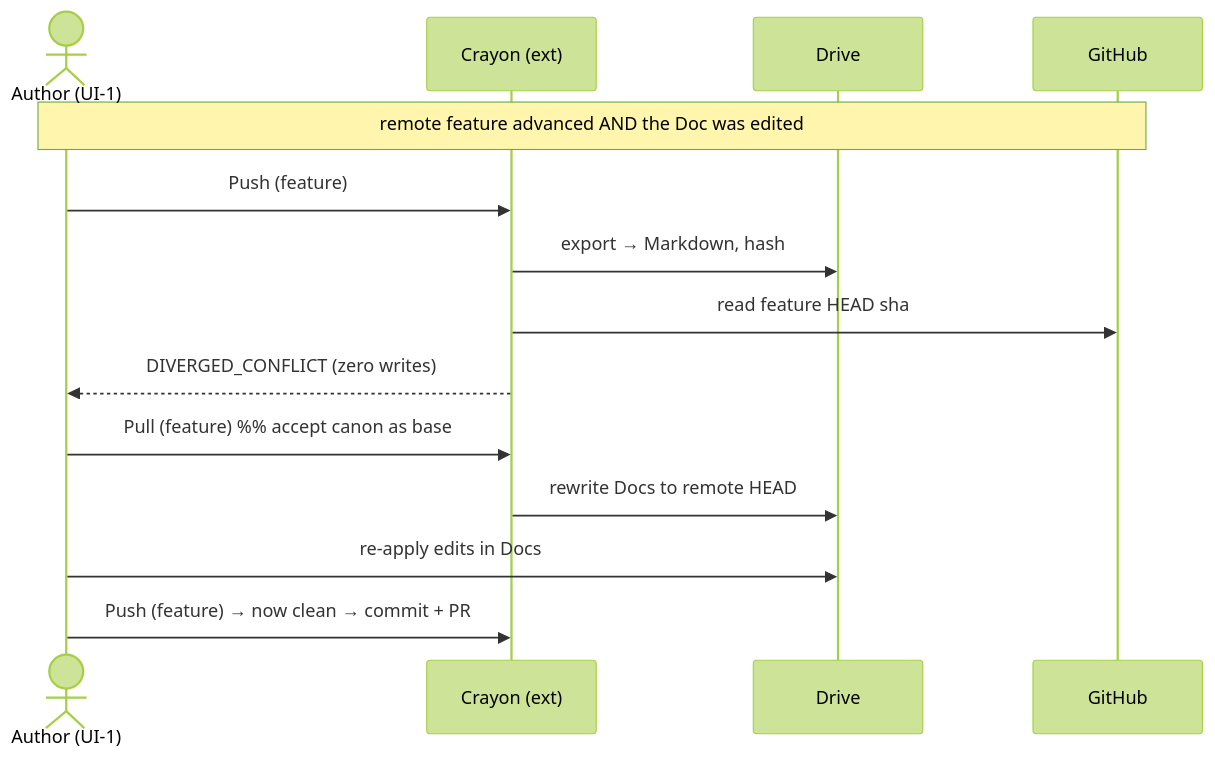
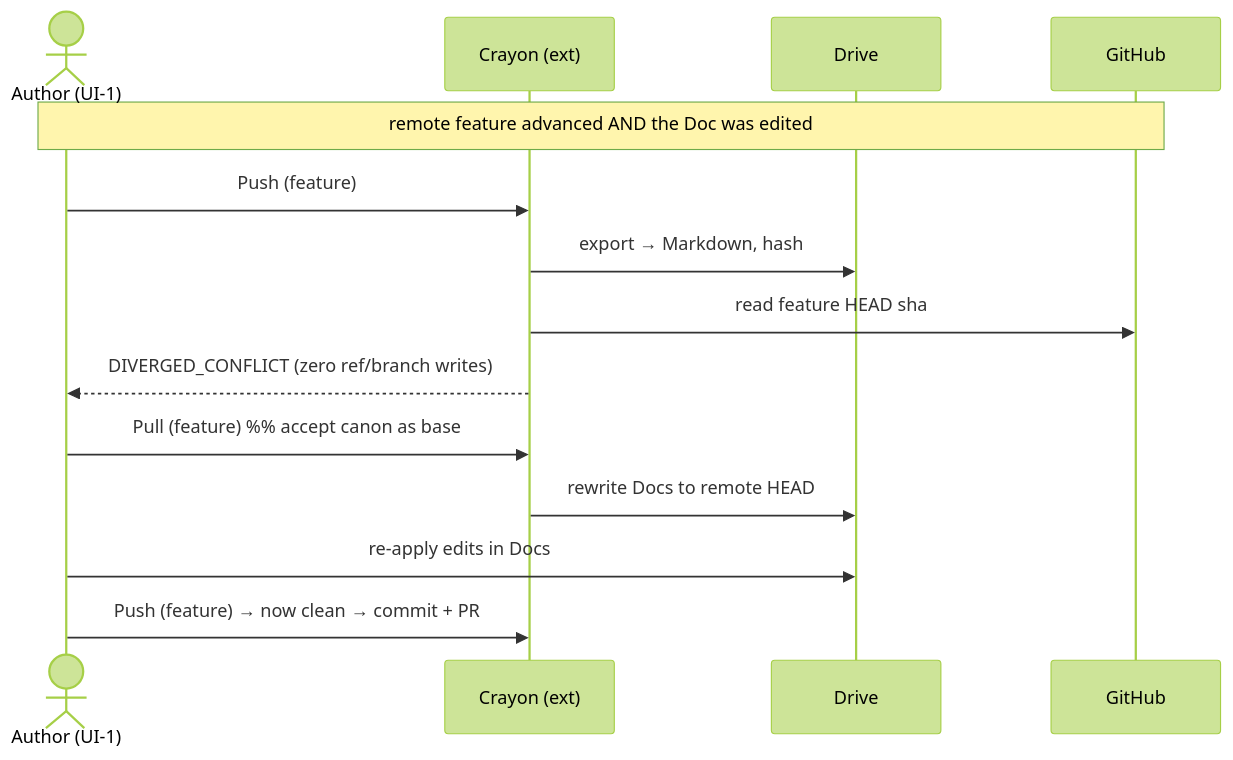
One commit to DynamicalSystemsGroup/crayon changed the sixth of 8 diagrams in SPEC.md. Above: the diagram before and after it, drawn with Mermaid (forest theme). The commit also changed other lines of this file and 3 other files, not shown here.

````diff
--- a/SPEC.md
+++ b/SPEC.md
@@ -668,16 +685,16 @@
 ```mermaid
 sequenceDiagram
   actor A as Author (UI-1)
   participant X as Crayon (ext)
   participant D as Drive
   participant G as GitHub
   Note over A,G: remote feature advanced AND the Doc was edited
   A->>X: Push (feature)
   X->>D: export → Markdown, hash
   X->>G: read feature HEAD sha
-  X-->>A: DIVERGED_CONFLICT (zero writes)
+  X-->>A: DIVERGED_CONFLICT (zero ref/branch writes)
   A->>X: Pull (feature)  %% accept canon as base
   X->>D: rewrite Docs to remote HEAD
   A->>D: re-apply edits in Docs
   A->>X: Push (feature) → now clean → commit + PR
 ```
````
